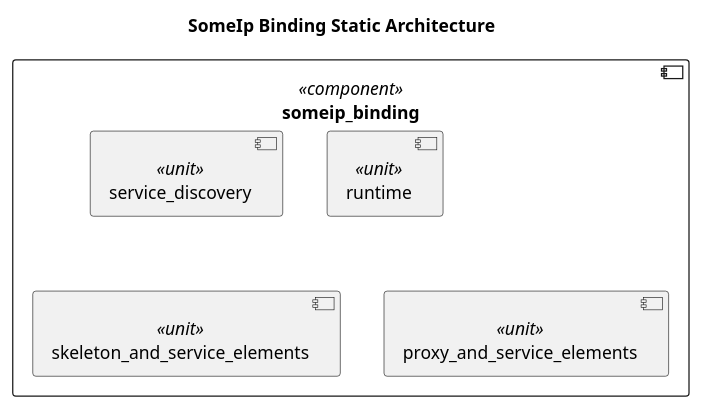
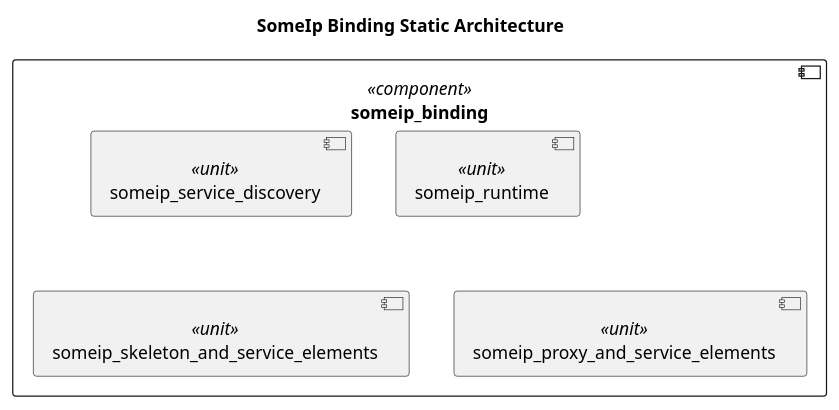
The diagram in score/mw/com/dependability/architectural_design/static_design/someip_binding.puml (eclipse-score/communication), drawn with PlantUML before and after one commit. The commit also changed 10 other files, not shown here.

```diff
--- a/score/mw/com/dependability/architectural_design/static_design/someip_binding.puml
+++ b/score/mw/com/dependability/architectural_design/static_design/someip_binding.puml
@@ -13,13 +13,13 @@
 @startuml safety_sentinel_someip_binding_design
 title "SomeIp Binding Static Architecture"
 
 component someip_binding <<component>> {
-  component service_discovery <<unit>> 
-  component runtime <<unit>> 
+  component someip_service_discovery <<unit>> 
+  component someip_runtime <<unit>> 
 
-  component skeleton_and_service_elements <<unit>> 
+  component someip_skeleton_and_service_elements <<unit>> 
   
-  component proxy_and_service_elements <<unit>> 
+  component someip_proxy_and_service_elements <<unit>> 
 }
 
 @enduml
```
